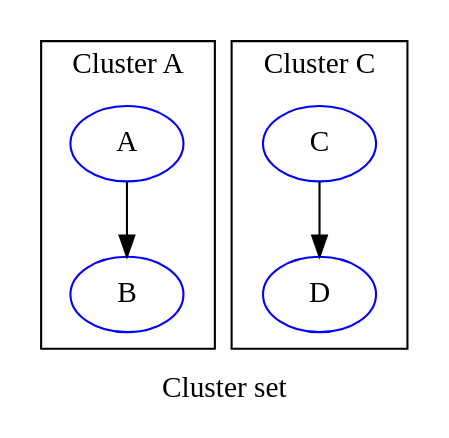
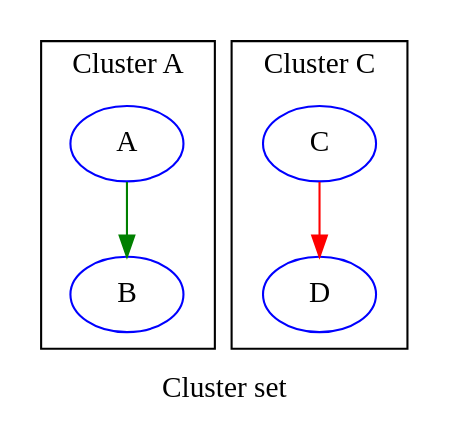
Before and after one commit to graphviz-perl/GraphViz2-Marpa-PathUtils: the diagram in data/04.clusters.out.gv, drawn with Graphviz. The commit also changed 17 other files, not shown here.

```diff
--- a/data/04.clusters.out.gv
+++ b/data/04.clusters.out.gv
@@ -1,22 +1,22 @@
 digraph graph_03
 {
 graph [ label="Cluster set" rankdir="TB" ]
 
 subgraph "cluster A"
 {
 graph [ label="Cluster A" rankdir="TB" ]
 
 "A" [ color="blue" ]
 "B" [ color="blue" ]
-"A" -> "B" [ label="" ]
+"A" -> "B" [ color="green" label="" ]
 }
 
 subgraph "cluster C"
 {
 graph [ label="Cluster C" rankdir="TB" ]
 
 "C" [ color="blue" ]
 "D" [ color="blue" ]
-"C" -> "D" [ label="" ]
+"C" -> "D" [ color="red" label="" ]
 }
 }
```
